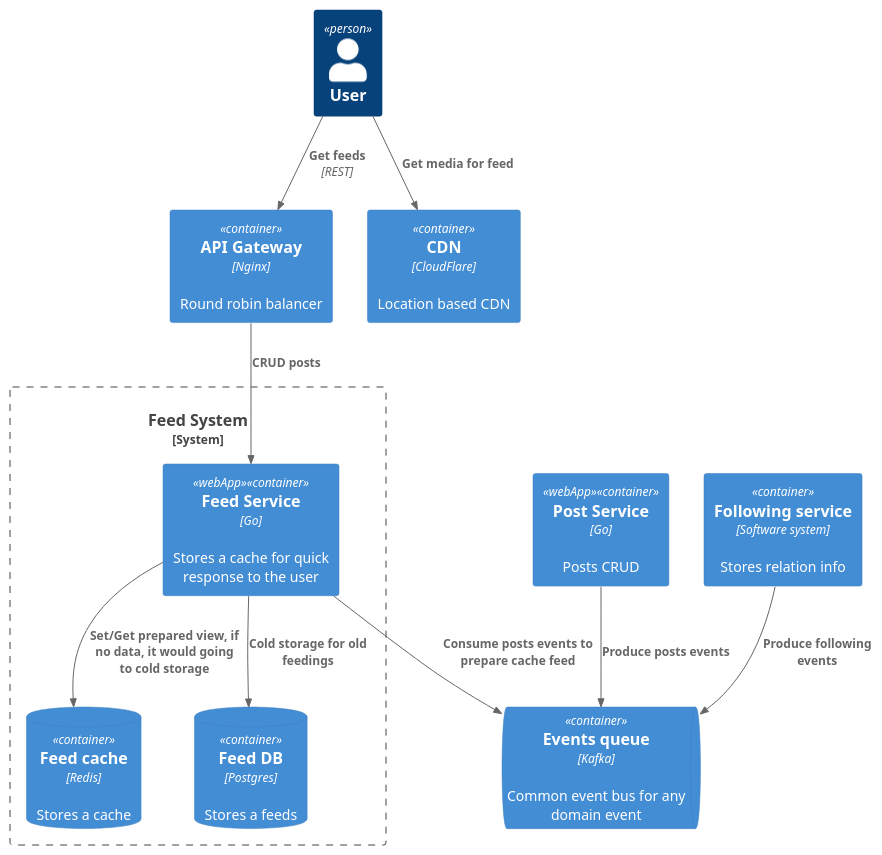
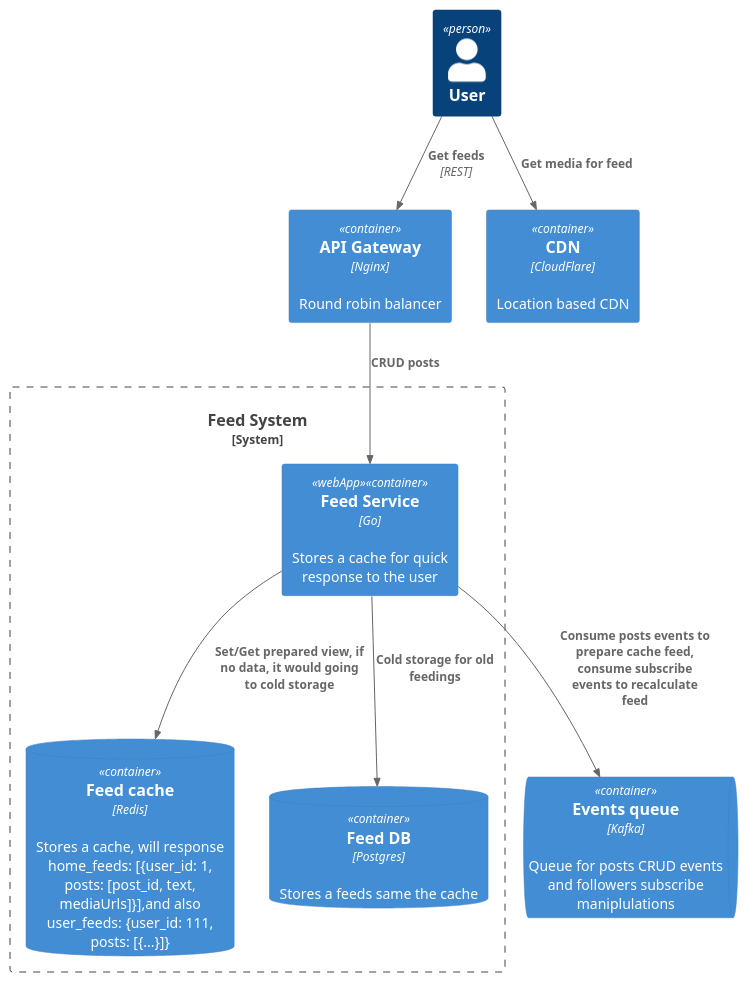
The diagram in C4_arch/feed_service/schema.puml (saliyy/social_network_system_design), drawn with PlantUML before and after one commit. The commit also changed 2 other files, not shown here.

Commit message:
update diagramms

```diff
--- a/C4_arch/feed_service/schema.puml
+++ b/C4_arch/feed_service/schema.puml
@@ -1,27 +1,23 @@
 @startuml
 !include https://raw.githubusercontent.com/plantuml-stdlib/C4-PlantUML/master/C4_Container.puml
 
 Person(user, "User")
 Container(ApiGateway, "API Gateway", "Nginx", "Round robin balancer")
-ContainerQueue(MessageQueue, "Events queue", "Kafka", "Common event bus for any domain event")
-Container(PostService, "Post Service", "Go", "Posts CRUD", $tags="webApp")
-Container(FollowingService, "Following service", "Software system", "Stores relation info")
+ContainerQueue(MessageQueue, "Events queue", "Kafka", "Queue for posts CRUD events and followers subscribe maniplulations")
 Container(CDN, "CDN", "CloudFlare", "Location based CDN")
 
 
 System_Boundary(FeedSystem, "Feed System") {
     Container(FeedService, "Feed Service", "Go", "Stores a cache for quick response to the user", $tags="webApp")
-    ContainerDb(FeedCache, "Feed cache", "Redis", "Stores a cache")
-    ContainerDb(FeedDB, "Feed DB", "Postgres", "Stores a feeds")
+    ContainerDb(FeedCache, "Feed cache", "Redis", "Stores a cache, will response home_feeds: [{user_id: 1, posts: [post_id, text, mediaUrls]}],and also user_feeds: {user_id: 111, posts: [{...}]}")
+    ContainerDb(FeedDB, "Feed DB", "Postgres", "Stores a feeds same the cache")
 }
 
 Rel(user, ApiGateway, "Get feeds", "REST")
-Rel(FeedService, MessageQueue, "Consume posts events to prepare cache feed")
+Rel(FeedService, MessageQueue, "Consume posts events to prepare cache feed, consume subscribe events to recalculate feed")
 Rel(FeedService, FeedCache, "Set/Get prepared view, if no data, it would going to cold storage")
 Rel(FeedService, FeedDB, "Cold storage for old feedings")
 Rel(user, CDN, "Get media for feed")
-Rel(PostService, MessageQueue, "Produce posts events")
-Rel(FollowingService, MessageQueue, "Produce following events")
 Rel(ApiGateway, FeedService, "CRUD posts")
 
 @enduml
```
